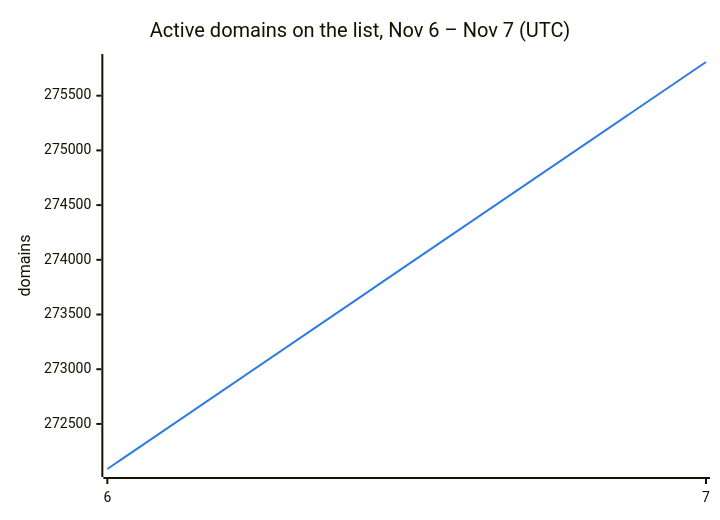
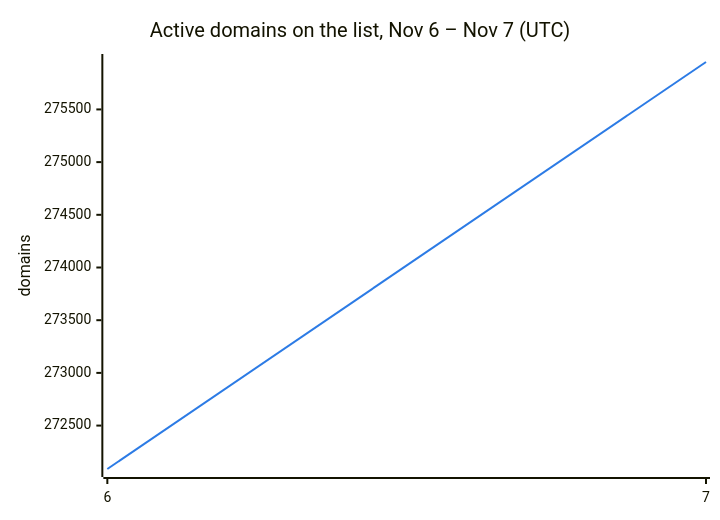
One commit to DNSBunker/CTI changed the second of 3 diagrams in README.md. Above: the diagram before and after it, drawn with Mermaid. The commit also changed other lines of this file and 3 other files, not shown here.

````diff
--- a/README.md
+++ b/README.md
@@ -38,8 +38,8 @@
 ```mermaid
 %%{init: {"themeVariables": {"xyChart": {"plotColorPalette": "#2c7be5"}}}}%%
 xychart-beta
     title "Active domains on the list, Nov 6 – Nov 7 (UTC)"
     x-axis ["6", "7"]
     y-axis "domains"
-    line [272088, 275808]
+    line [272088, 275950]
 ```
````
